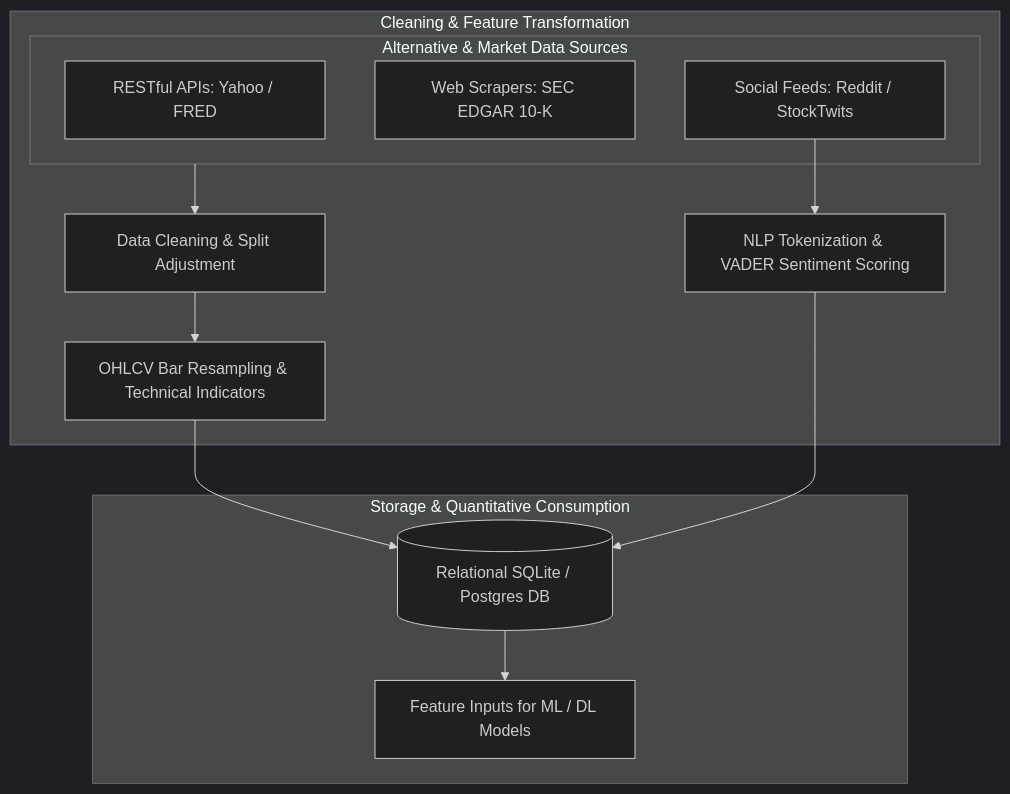
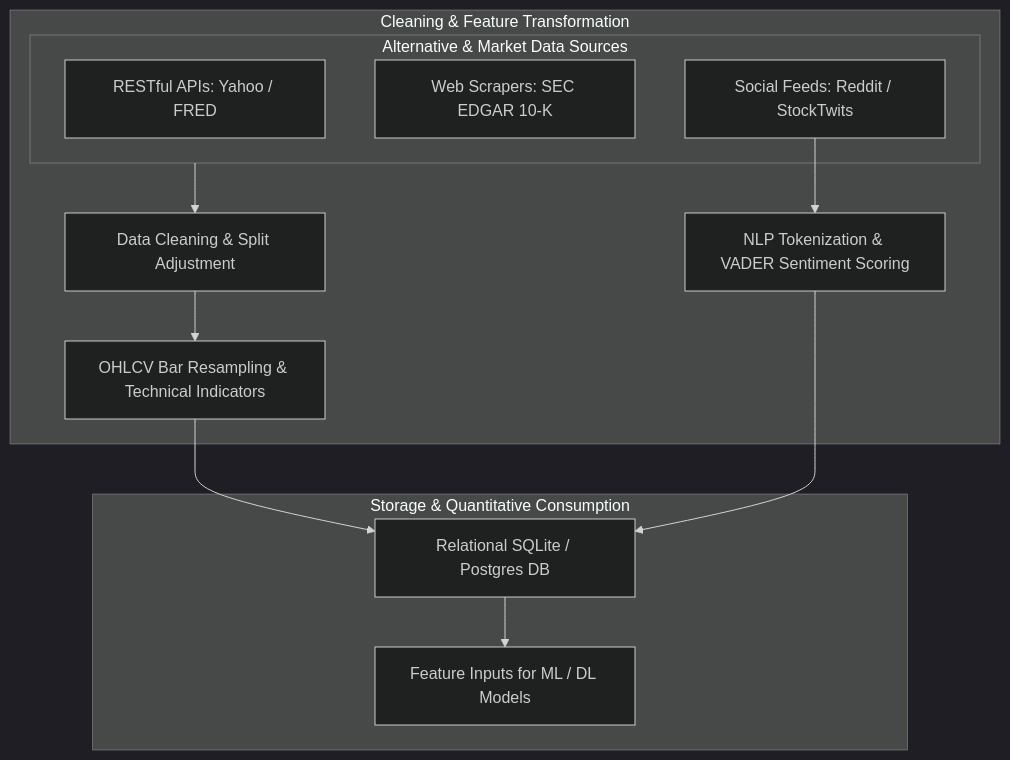
One commit to eggieinquant/wqu changed the first of 2 diagrams in financial_data/README.md. Above: the diagram before and after it, drawn with Mermaid (dark theme). The commit also changed other lines of this file and 2 other files, not shown here.

Commit message:
fix(docs): quote Mermaid node labels in financial_econometrics, portfolio_management, and financial_data READMEs

````diff
--- a/financial_data/README.md
+++ b/financial_data/README.md
@@ -19,20 +19,20 @@
 ```mermaid
 flowchart TD
-    subgraph Data_Sources [Alternative & Market Data Sources]
-        API[RESTful APIs: Yahoo / FRED]
-        Scraper[Web Scrapers: SEC EDGAR 10-K]
-        Social[Social Feeds: Reddit / StockTwits]
+    subgraph Data_Sources ["Alternative & Market Data Sources"]
+        API["RESTful APIs: Yahoo / FRED"]
+        Scraper["Web Scrapers: SEC EDGAR 10-K"]
+        Social["Social Feeds: Reddit / StockTwits"]
     end
     
-    subgraph Data_Pipeline [Cleaning & Feature Transformation]
-        Data_Sources --> Clean[Data Cleaning & Split Adjustment]
-        Clean --> Resample[OHLCV Bar Resampling & Technical Indicators]
-        Social --> NLP[NLP Tokenization & VADER Sentiment Scoring]
+    subgraph Data_Pipeline ["Cleaning & Feature Transformation"]
+        Data_Sources --> Clean["Data Cleaning & Split Adjustment"]
+        Clean --> Resample["OHLCV Bar Resampling & Technical Indicators"]
+        Social --> NLP["NLP Tokenization & VADER Sentiment Scoring"]
     end
     
-    subgraph Warehousing [Storage & Quantitative Consumption]
-        Resample --> SQL[(Relational SQLite / Postgres DB)]
+    subgraph Warehousing ["Storage & Quantitative Consumption"]
+        Resample --> SQL["Relational SQLite / Postgres DB"]
         NLP --> SQL
-        SQL --> ML[Feature Inputs for ML / DL Models]
+        SQL --> ML["Feature Inputs for ML / DL Models"]
     end
 ```
````
